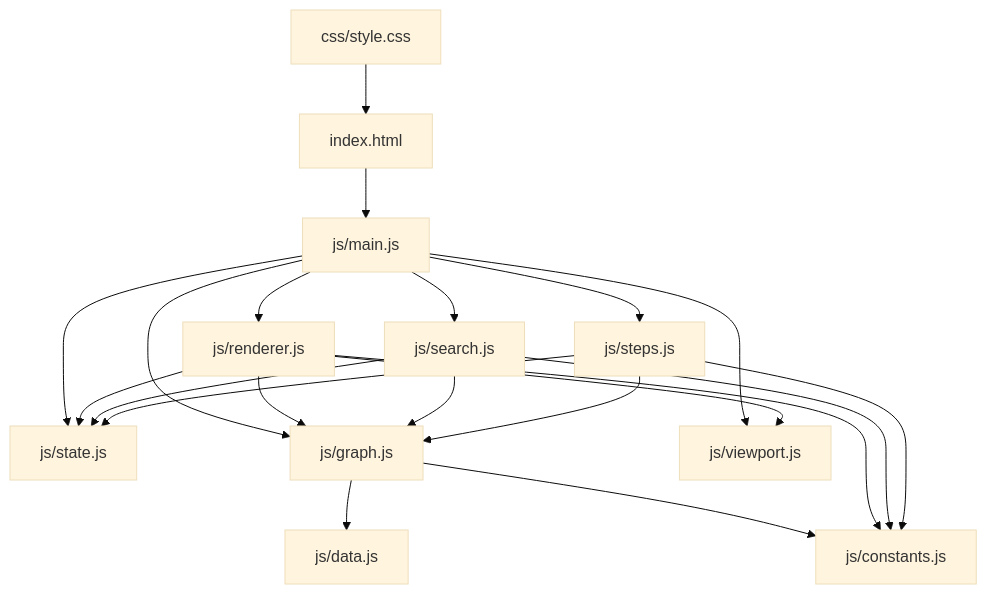
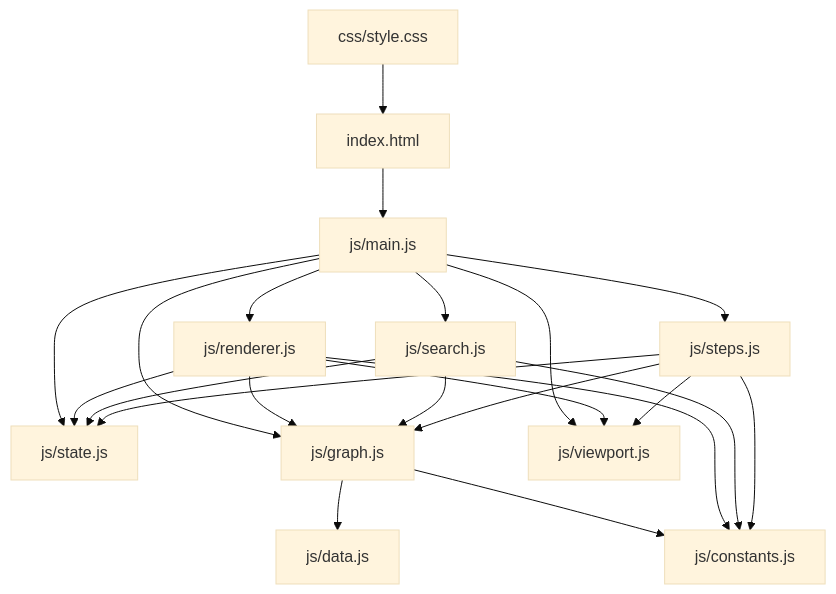
The diagram in FILE_REPORT.md (aayushkumar5/Campus_25_navigator), drawn with Mermaid (base theme) before and after one commit. The commit also changed other lines of this file and 1 other file, not shown here.

Commit message:
docs: update README and architecture report with blueprint theme, features, and shortcuts

````diff
--- a/FILE_REPORT.md
+++ b/FILE_REPORT.md
@@ -9,28 +9,29 @@
 ```mermaid
 graph TD
     HTML[index.html] --> Main[js/main.js]
     CSS[css/style.css] --> HTML
     
     Main --> State[js/state.js]
     Main --> Graph[js/graph.js]
     Main --> Renderer[js/renderer.js]
     Main --> Viewport[js/viewport.js]
     Main --> Search[js/search.js]
     Main --> Steps[js/steps.js]
     
     Graph --> Data[js/data.js]
     Graph --> Constants[js/constants.js]
     
     Renderer --> Constants
     Renderer --> Graph
     Renderer --> State
     Renderer --> Viewport
     
     Search --> Constants
     Search --> Graph
     Search --> State
     
     Steps --> Constants
     Steps --> Graph
     Steps --> State
+    Steps --> Viewport
 ```
````
